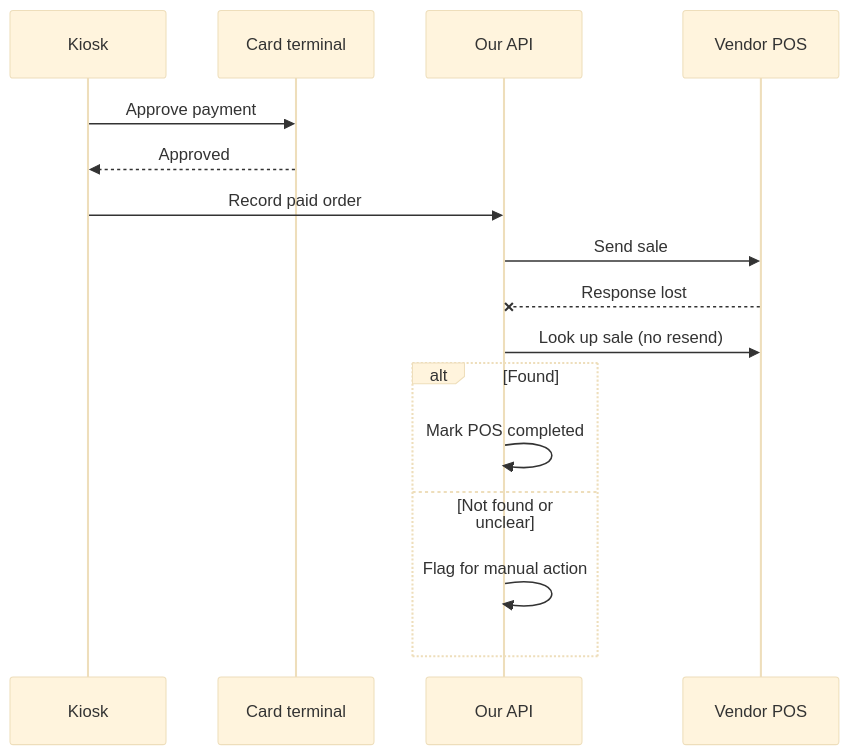
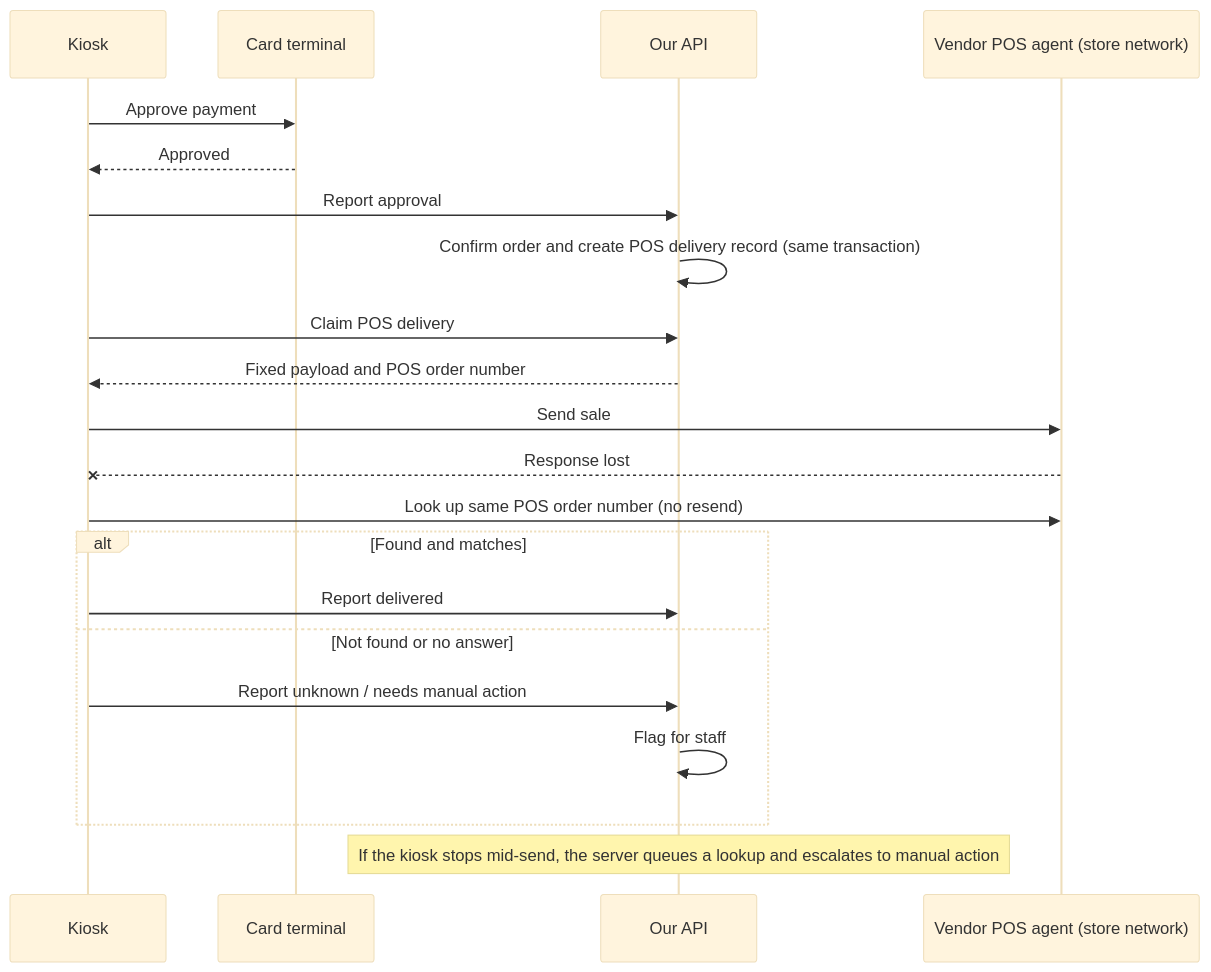
The diagram in cases/02-approval-and-pos-sale-are-separate-facts.md (hogyun3709/engineering-case-studies), drawn with Mermaid (base theme) before and after one commit. The commit also changed other lines of this file and 11 other files, not shown here.

````diff
--- a/cases/02-approval-and-pos-sale-are-separate-facts.md
+++ b/cases/02-approval-and-pos-sale-are-separate-facts.md
@@ -14,18 +16,23 @@
 ```mermaid
 sequenceDiagram
     participant K as Kiosk
     participant T as Card terminal
     participant A as Our API
-    participant P as Vendor POS
+    participant P as Vendor POS agent (store network)
     K->>T: Approve payment
     T-->>K: Approved
-    K->>A: Record paid order
-    A->>P: Send sale
-    P--xA: Response lost
-    A->>P: Look up sale (no resend)
-    alt Found
-        A->>A: Mark POS completed
-    else Not found or unclear
-        A->>A: Flag for manual action
+    K->>A: Report approval
+    A->>A: Confirm order and create POS delivery record (same transaction)
+    K->>A: Claim POS delivery
+    A-->>K: Fixed payload and POS order number
+    K->>P: Send sale
+    P--xK: Response lost
+    K->>P: Look up same POS order number (no resend)
+    alt Found and matches
+        K->>A: Report delivered
+    else Not found or no answer
+        K->>A: Report unknown / needs manual action
+        A->>A: Flag for staff
     end
+    Note over A: If the kiosk stops mid-send, the server queues a lookup and escalates to manual action
 ```
````
